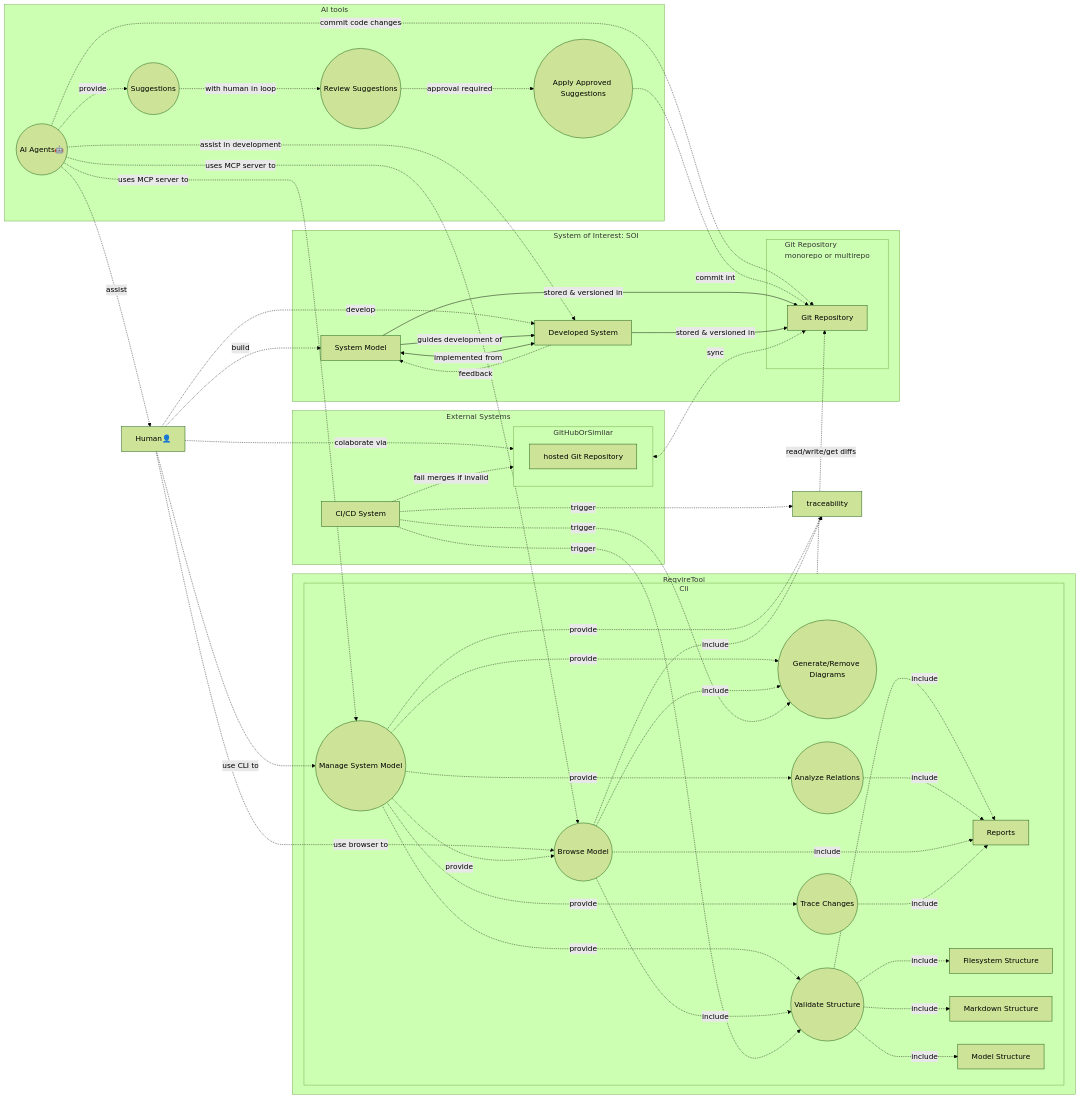
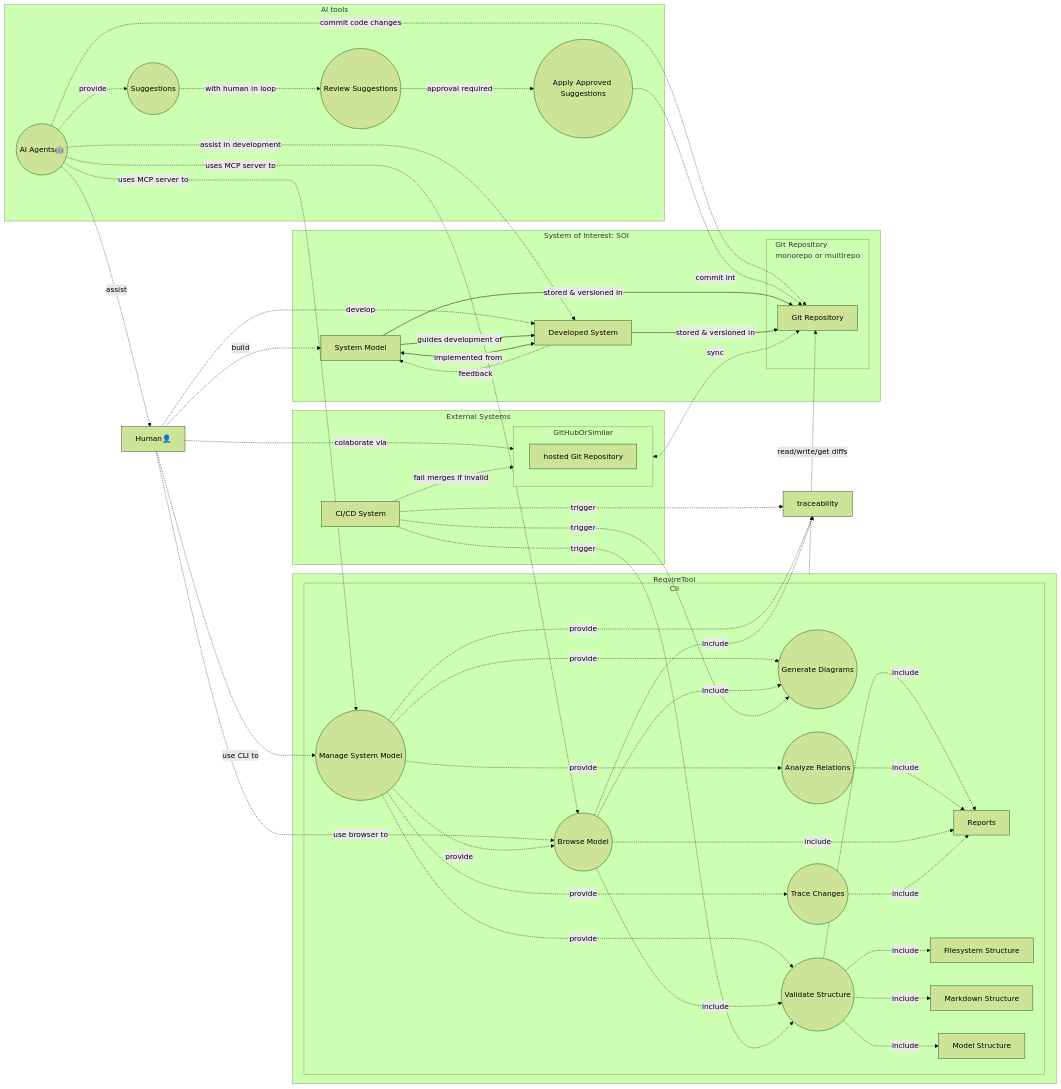
Before and after one commit to reqvire-org/reqvire: the diagram in requirements/README.md, drawn with Mermaid (forest theme). The commit also changed 29 other files, not shown here.

```diff
--- a/requirements/README.md
+++ b/requirements/README.md
@@ -10,7 +10,7 @@
     subgraph "ReqvireTool"
         subgraph "Cli"
             manageModel((Manage System Model))
-            generateDiagrams((Generate/Remove Diagrams))
+            generateDiagrams((Generate Diagrams))
             analiseRelations((Analyze Relations))
             reports[Provide Reports]
             validateStructure((Validate Structure))
```
